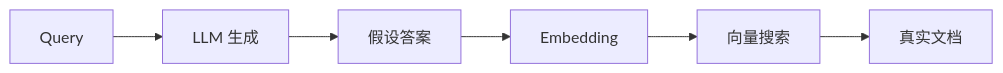
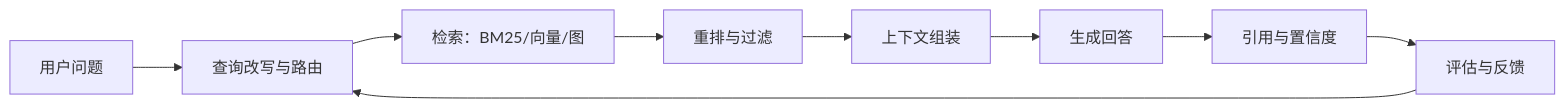
One commit to likebeans/notes-on-llms changed the diagram in docs/llms/rag/index.md. Above: the diagram before and after it, drawn with Mermaid. The commit also changed other lines of this file and 3 other files, not shown here.

````diff
--- a/docs/llms/rag/index.md
+++ b/docs/llms/rag/index.md
@@ -380,4 +35,11 @@
 ```mermaid
 flowchart LR
-    Q[Query] --> LLM[LLM 生成] --> H[假设答案] --> E[Embedding] --> S[向量搜索] --> D[真实文档]
+  Q[用户问题] --> Rewrite[查询改写与路由]
+  Rewrite --> Retrieve[检索：BM25/向量/图]
+  Retrieve --> Rerank[重排与过滤]
+  Rerank --> Context[上下文组装]
+  Context --> LLM[生成回答]
+  LLM --> Cite[引用与置信度]
+  Cite --> Eval[评估与反馈]
+  Eval --> Rewrite
 ```
````
